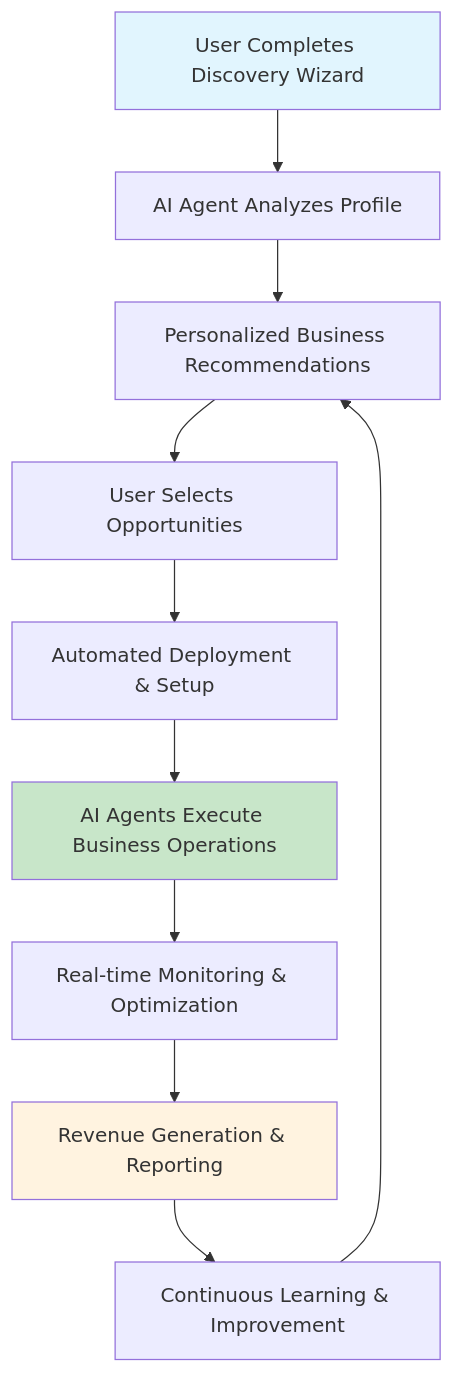
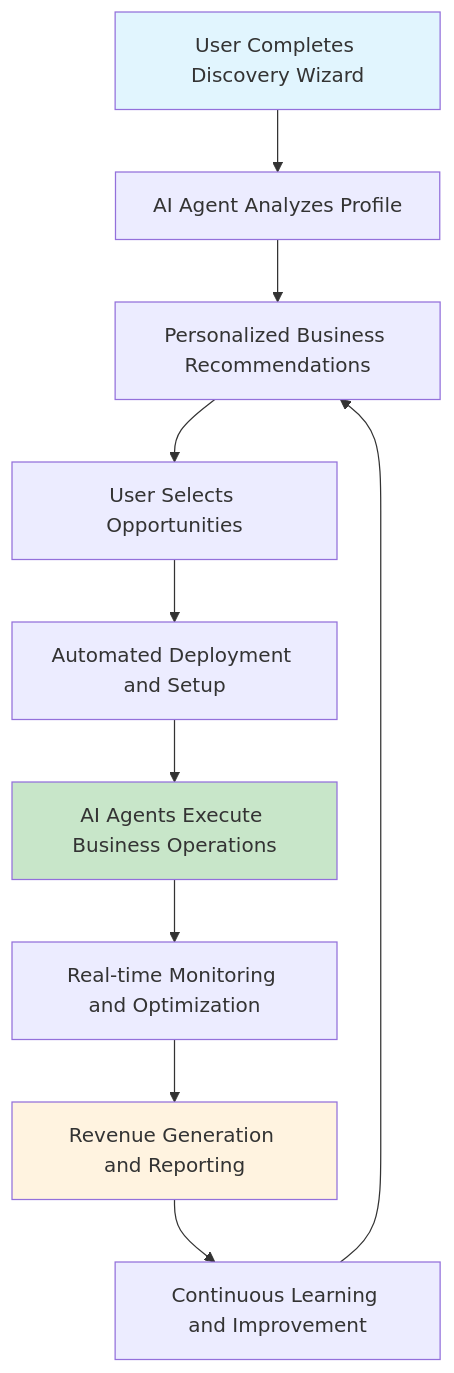
The first of 8 diagrams in README.md (NobleVision/GOGETTER), drawn with Mermaid before and after one commit. The commit also changed other lines of this file and 10 other files, not shown here.

````diff
--- a/README.md
+++ b/README.md
@@ -22,16 +25,16 @@
 ```mermaid
 graph TD
     A[User Completes Discovery Wizard] --> B[AI Agent Analyzes Profile]
     B --> C[Personalized Business Recommendations]
     C --> D[User Selects Opportunities]
-    D --> E[Automated Deployment & Setup]
+    D --> E[Automated Deployment and Setup]
     E --> F[AI Agents Execute Business Operations]
-    F --> G[Real-time Monitoring & Optimization]
-    G --> H[Revenue Generation & Reporting]
-    H --> I[Continuous Learning & Improvement]
+    F --> G[Real-time Monitoring and Optimization]
+    G --> H[Revenue Generation and Reporting]
+    H --> I[Continuous Learning and Improvement]
     I --> C
-    
+
     style A fill:#e1f5fe
     style F fill:#c8e6c9
     style H fill:#fff3e0
 ```
````
